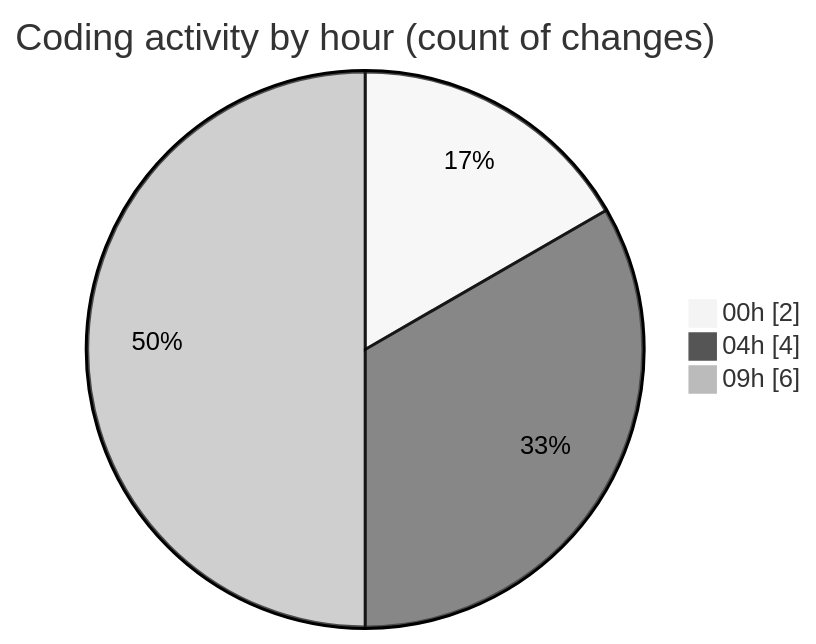
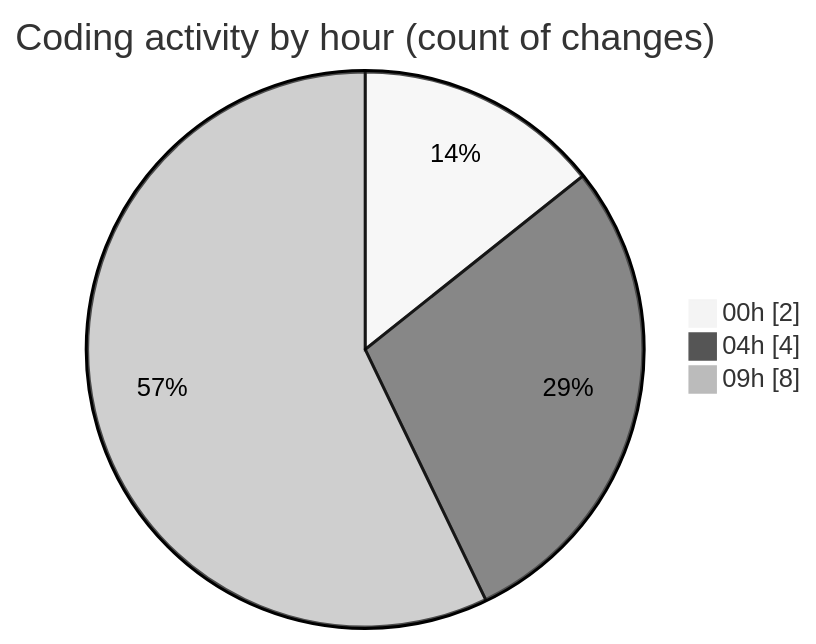
Before and after one commit to julien-gomy/code-tracking: the second of 2 diagrams in 2025-10-28/eventscop-frontend-guide__workspace_/README.md, drawn with Mermaid (neutral theme). The commit also changed other lines of this file and 1 other file, not shown here.

````diff
--- a/2025-10-28/eventscop-frontend-guide__workspace_/README.md
+++ b/2025-10-28/eventscop-frontend-guide__workspace_/README.md
@@ -34,7 +35,7 @@
 ```mermaid
 pie showData
 title Coding activity by hour (count of changes)
 "00h" : 2
 "04h" : 4
-"09h" : 6
+"09h" : 8
 ```
````
